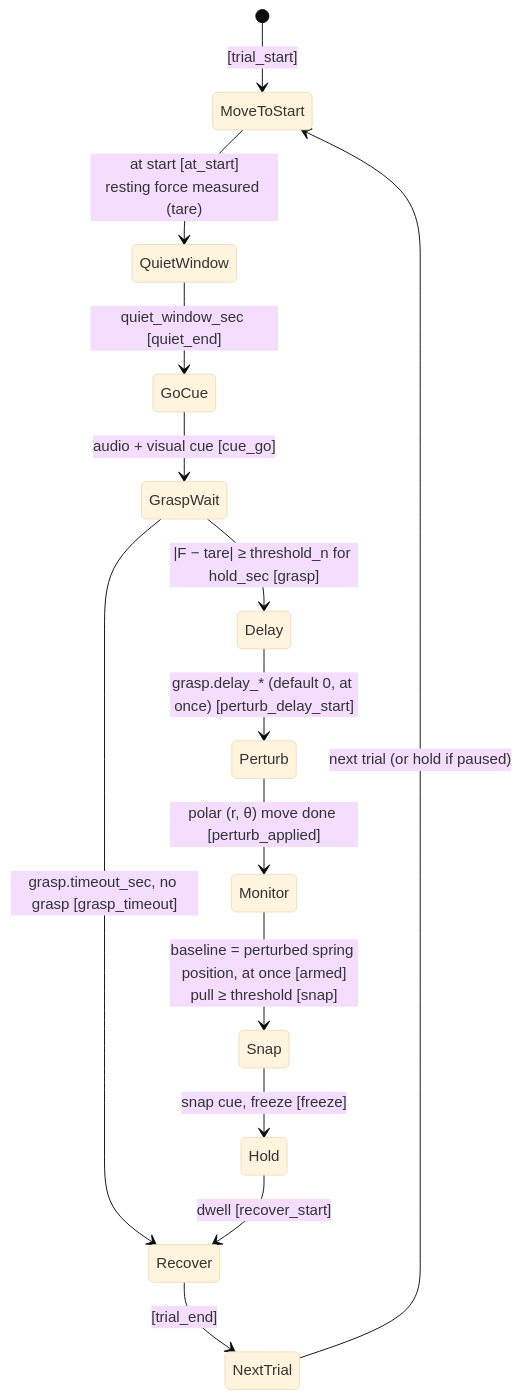
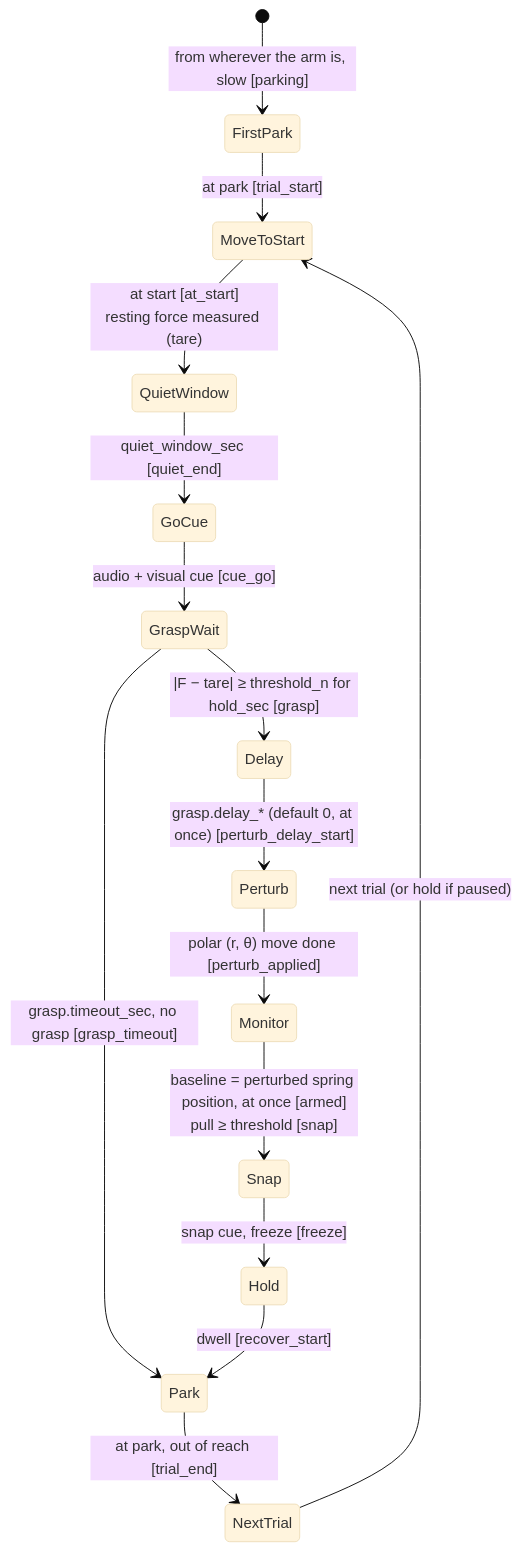
One commit to sinthlab/sinthlab-kuka-stack changed the seventh of 10 diagrams in README.md. Above: the diagram before and after it, drawn with Mermaid (base theme). The commit also changed other lines of this file and 25 other files, not shown here.

Commit message:
move to park position between trials

````diff
--- a/README.md
+++ b/README.md
@@ -1636,16 +1685,17 @@
 ```mermaid
 stateDiagram-v2
-    [*] --> MoveToStart : [trial_start]
+    [*] --> FirstPark : from wherever the arm is, slow [parking]
+    FirstPark --> MoveToStart : at park [trial_start]
     MoveToStart --> QuietWindow : at start [at_start]<br/>resting force measured (tare)
     QuietWindow --> GoCue : quiet_window_sec [quiet_end]
     GoCue --> GraspWait : audio + visual cue [cue_go]
     GraspWait --> Delay : |F − tare| ≥ threshold_n for hold_sec [grasp]
-    GraspWait --> Recover : grasp.timeout_sec, no grasp [grasp_timeout]
+    GraspWait --> Park : grasp.timeout_sec, no grasp [grasp_timeout]
     Delay --> Perturb : grasp.delay_* (default 0, at once) [perturb_delay_start]
     Perturb --> Monitor : polar (r, θ) move done [perturb_applied]
     Monitor --> Snap : baseline = perturbed spring position, at once [armed]<br/>pull ≥ threshold [snap]
     Snap --> Hold : snap cue, freeze [freeze]
-    Hold --> Recover : dwell [recover_start]
-    Recover --> NextTrial : [trial_end]
+    Hold --> Park : dwell [recover_start]
+    Park --> NextTrial : at park, out of reach [trial_end]
     NextTrial --> MoveToStart : next trial (or hold if paused)
 ```
````
